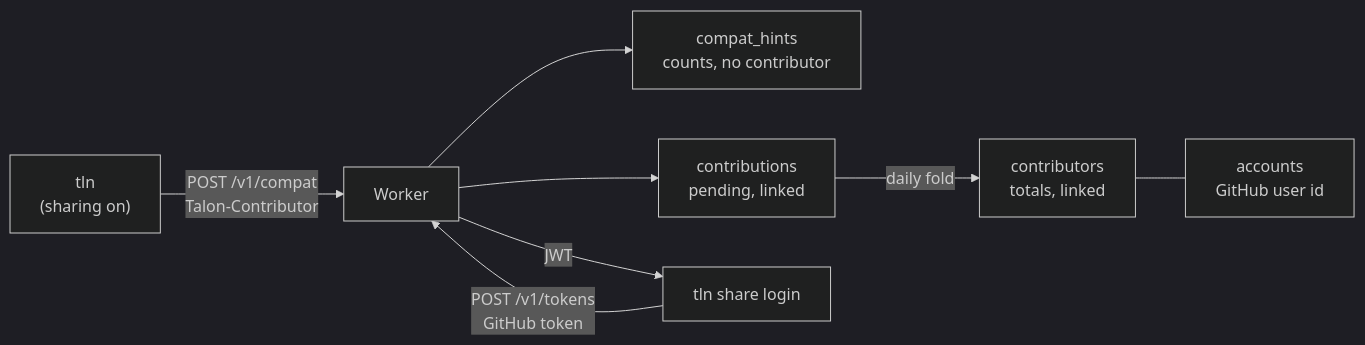
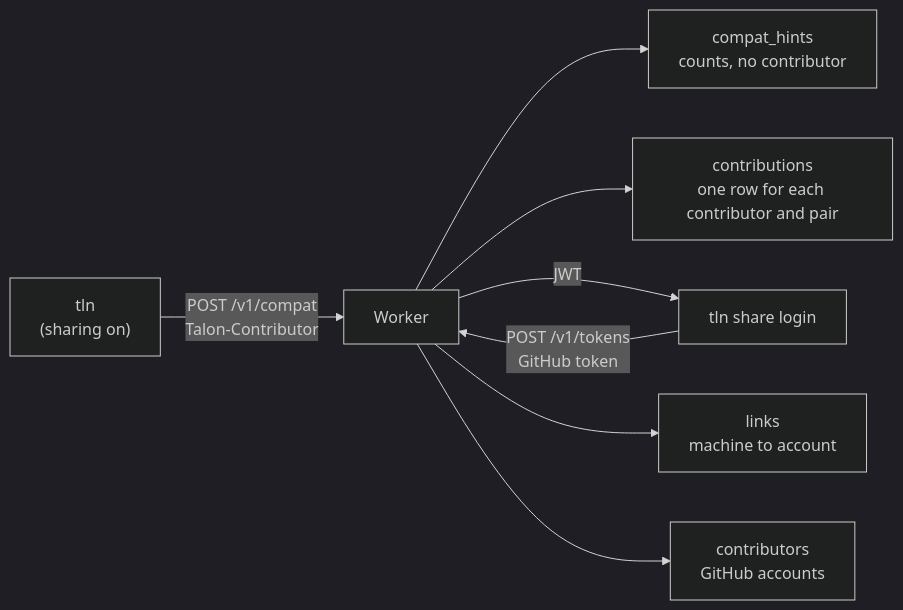
One commit to roc-talon/talon changed the second of 4 diagrams in DESIGN-REGISTRY.md. Above: the diagram before and after it, drawn with Mermaid (dark theme). The commit also changed other lines of this file and 23 other files, not shown here.

````diff
--- a/DESIGN-REGISTRY.md
+++ b/DESIGN-REGISTRY.md
@@ -264,10 +468,10 @@
 ```mermaid
 flowchart LR
     T["tln<br/>(sharing on)"] -->|"POST /v1/compat<br/>Talon-Contributor"| W["Worker"]
     W --> H["compat_hints<br/>counts, no contributor"]
-    W --> P["contributions<br/>pending, linked"]
-    P -->|"daily fold"| C["contributors<br/>totals, linked"]
+    W --> P["contributions<br/>one row for each contributor and pair"]
     L["tln share login"] -->|"POST /v1/tokens<br/>GitHub token"| W
     W -->|"JWT"| L
-    C --- A["accounts<br/>GitHub user id"]
+    W --> K["links<br/>machine to account"]
+    W --> C["contributors<br/>GitHub accounts"]
 ```
````
